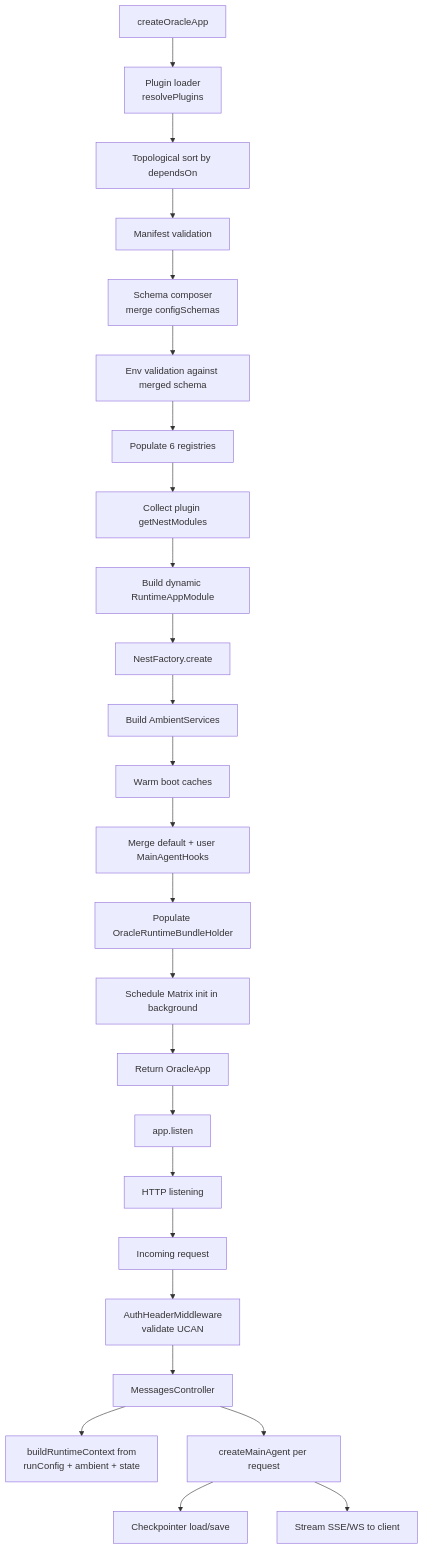
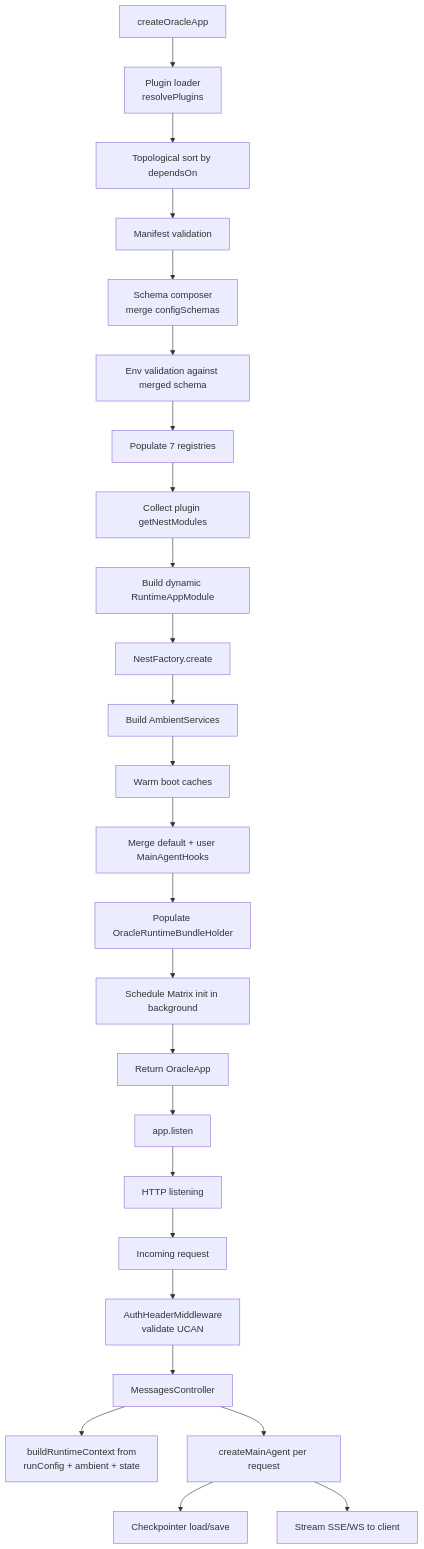
One commit to ixoworld/qiforge changed the diagram in docs/architecture/overview.md. Above: the diagram before and after it, drawn with Mermaid. The commit also changed other lines of this file and 106 other files, not shown here.

````diff
--- a/docs/architecture/overview.md
+++ b/docs/architecture/overview.md
@@ -28,28 +29,28 @@
 ```mermaid
 graph TD
     Boot[createOracleApp] --> Loader[Plugin loader<br/>resolvePlugins]
     Loader --> Topo[Topological sort by dependsOn]
     Topo --> ManifestVal[Manifest validation]
     ManifestVal --> Compose[Schema composer<br/>merge configSchemas]
     Compose --> EnvVal[Env validation against merged schema]
-    EnvVal --> Registries[Populate 6 registries]
+    EnvVal --> Registries[Populate 7 registries]
     Registries --> NestMods[Collect plugin getNestModules]
     NestMods --> AppModule[Build dynamic RuntimeAppModule]
     AppModule --> NestBoot[NestFactory.create]
     NestBoot --> Ambient[Build AmbientServices]
     Ambient --> Warm[Warm boot caches]
     Warm --> Hooks[Merge default + user MainAgentHooks]
     Hooks --> Bundle[Populate OracleRuntimeBundleHolder]
     Bundle --> MatrixBG[Schedule Matrix init in background]
     MatrixBG --> Return[Return OracleApp]
     Return --> Listen[app.listen]
     Listen --> Server[HTTP listening]
 
     Server --> Request[Incoming request]
     Request --> Auth[AuthHeaderMiddleware<br/>validate UCAN]
     Auth --> Controller[MessagesController]
     Controller --> RtCtx[buildRuntimeContext from<br/>runConfig + ambient + state]
     Controller --> Agent[createMainAgent per request]
     Agent --> Ckpt[Checkpointer load/save]
     Agent --> Stream[Stream SSE/WS to client]
 ```
````
